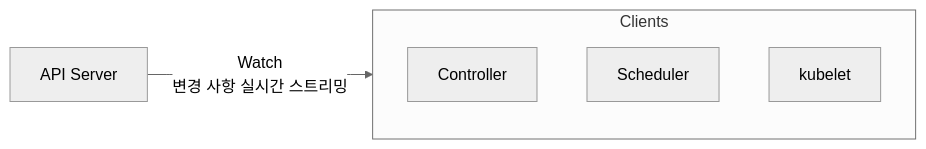
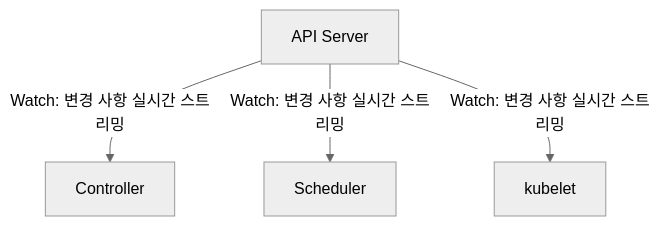
Before and after one commit to K-Diger/k-diger.github.io: diagram 14 of 16 in _posts/2025-12-23-kubernetes-02-architecture.md, drawn with Mermaid (neutral theme). The commit also changed other lines of this file and 13 other files, not shown here.

````diff
--- a/_posts/2025-12-23-kubernetes-02-architecture.md
+++ b/_posts/2025-12-23-kubernetes-02-architecture.md
@@ -487,10 +463,11 @@
 ```mermaid
-flowchart LR
-    subgraph Clients["Clients"]
-        C["Controller"]
-        S["Scheduler"]
-        K["kubelet"]
-    end
+flowchart TB
     API["API Server"]
-    API -->|Watch<br/>변경 사항 실시간 스트리밍| Clients
+    C["Controller"]
+    S["Scheduler"]
+    K["kubelet"]
+
+    API -->|Watch: 변경 사항 실시간 스트리밍| C
+    API -->|Watch: 변경 사항 실시간 스트리밍| S
+    API -->|Watch: 변경 사항 실시간 스트리밍| K
 ```
````
